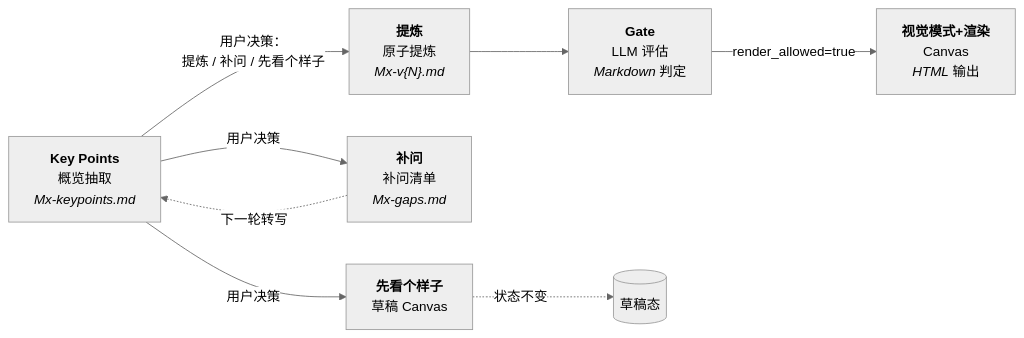
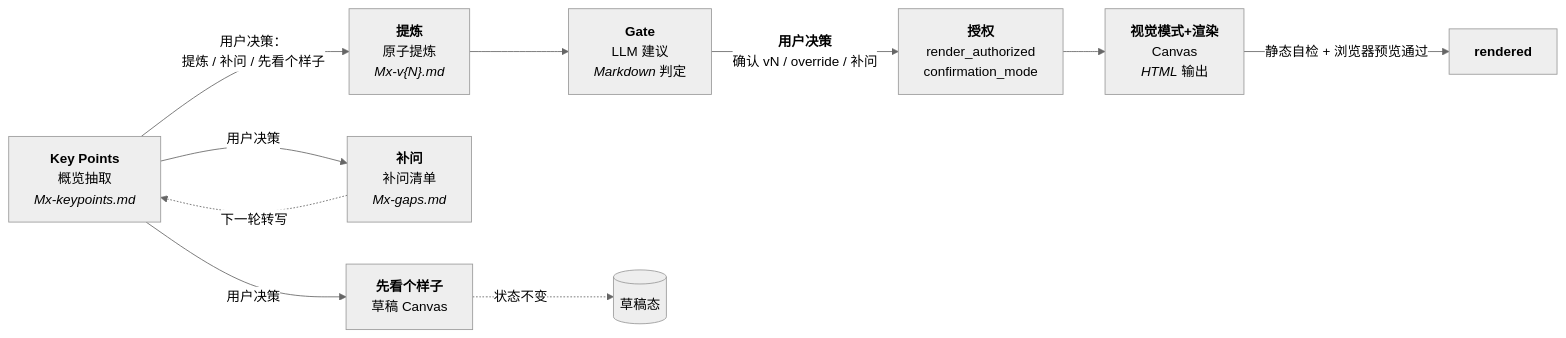
Before and after one commit to wanghongbj321-code/pratyaya: the diagram in agents/mvl-workshop-facilitator.md, drawn with Mermaid (neutral theme). The commit also changed other lines of this file and 10 other files, not shown here.

````diff
--- a/agents/mvl-workshop-facilitator.md
+++ b/agents/mvl-workshop-facilitator.md
@@ -65,11 +66,13 @@
 ```mermaid
 flowchart LR
     A["<b>Key Points</b><br/>概览抽取<br/><i>Mx-keypoints.md</i>"]
     A -->|用户决策：<br/>提炼 / 补问 / 先看个样子| B1["<b>提炼</b><br/>原子提炼<br/><i>Mx-v{N}.md</i>"]
     A -->|用户决策| B2["<b>补问</b><br/>补问清单<br/><i>Mx-gaps.md</i>"]
     A -->|用户决策| B3["<b>先看个样子</b><br/>草稿 Canvas"]
-    B1 --> C["<b>Gate</b><br/>LLM 评估<br/><i>Markdown</i> 判定"]
+    B1 --> C["<b>Gate</b><br/>LLM 建议<br/><i>Markdown</i> 判定"]
     B2 -.->|下一轮转写| A
     B3 -.->|状态不变| Draft[("草稿态")]
-    C -->|render_allowed=true| D["<b>视觉模式+渲染</b><br/>Canvas<br/><i>HTML</i> 输出"]
+    C -->|<b>用户决策</b><br/>确认 vN / override / 补问| D1["<b>授权</b><br/>render_authorized<br/>confirmation_mode"]
+    D1 --> D2["<b>视觉模式+渲染</b><br/>Canvas<br/><i>HTML</i> 输出"]
+    D2 -->|静态自检 + 浏览器预览通过| E["<b>rendered</b>"]
 ```
````
